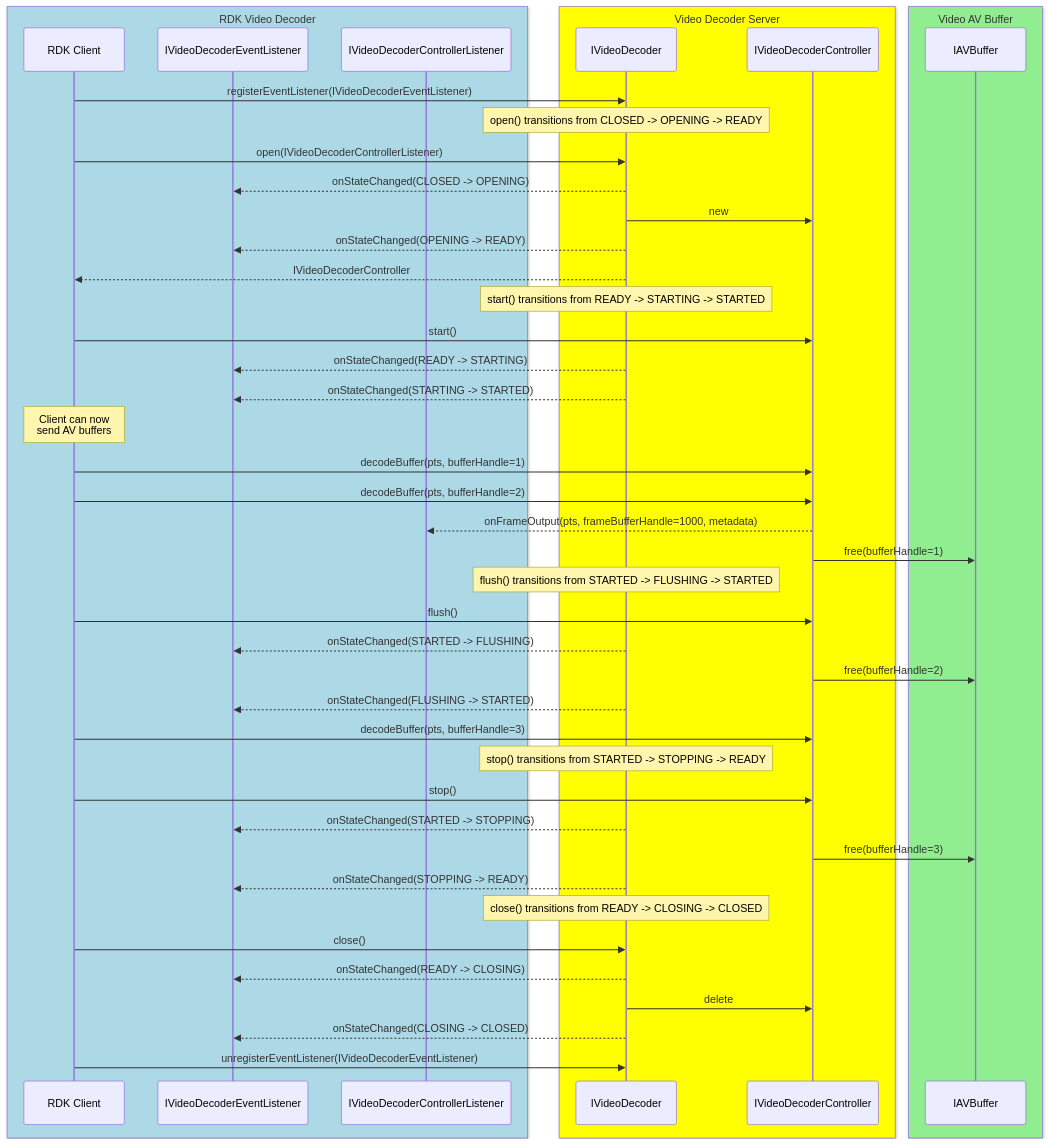
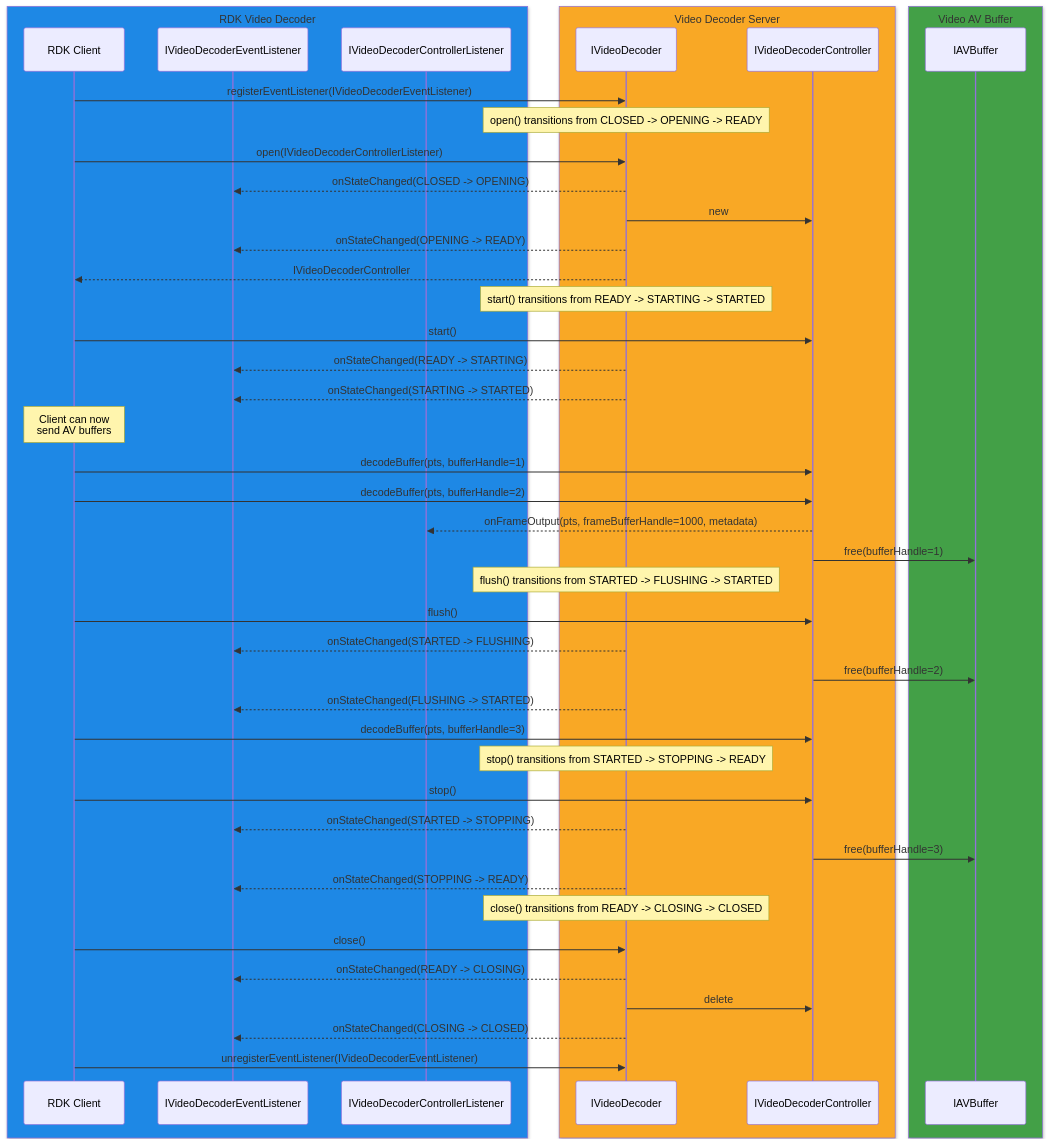
Before and after one commit to rdkcentral/rdk-halif-aidl: the third of 3 diagrams in docs/halif/video_decoder/current/video_decoder.md, drawn with Mermaid. The commit also changed other lines of this file and 27 other files, not shown here.

````diff
--- a/docs/halif/video_decoder/current/video_decoder.md
+++ b/docs/halif/video_decoder/current/video_decoder.md
@@ -218,63 +323,63 @@
 ```mermaid
 sequenceDiagram
-    box LightBlue RDK Video Decoder
+    box rgb(30,136,229) RDK Video Decoder
         participant Client as RDK Client
         participant IVideoDecoderEventListener
         participant IVideoDecoderControllerListener
     end
-    box Yellow Video Decoder Server
+    box rgb(249,168,37) Video Decoder Server
         participant ADC as IVideoDecoder
         participant Controller as IVideoDecoderController
     end
-    box LightGreen Video AV Buffer
+    box rgb(67,160,71) Video AV Buffer
         participant IAVBuffer as IAVBuffer
     end
 
     Client->>ADC: registerEventListener(IVideoDecoderEventListener)
 
     Note over ADC: open() transitions from CLOSED -> OPENING -> READY
 
     Client->>ADC: open(IVideoDecoderControllerListener)
     ADC-->>IVideoDecoderEventListener: onStateChanged(CLOSED -> OPENING)
     ADC->>Controller: new
     ADC-->>IVideoDecoderEventListener: onStateChanged(OPENING -> READY)
     ADC-->>Client: IVideoDecoderController
 
     Note over ADC: start() transitions from READY -> STARTING -> STARTED
 
     Client->>Controller: start()
     ADC-->>IVideoDecoderEventListener: onStateChanged(READY -> STARTING)
     ADC-->>IVideoDecoderEventListener: onStateChanged(STARTING -> STARTED)
 
     Note over Client: Client can now<br>send AV buffers
 
     Client->>Controller: decodeBuffer(pts, bufferHandle=1)
     Client->>Controller: decodeBuffer(pts, bufferHandle=2)
     Controller-->>IVideoDecoderControllerListener: onFrameOutput(pts, frameBufferHandle=1000, metadata)
     Controller->>IAVBuffer: free(bufferHandle=1)
 
     Note over ADC: flush() transitions from STARTED -> FLUSHING -> STARTED
 
     Client->>Controller: flush()
     ADC-->>IVideoDecoderEventListener: onStateChanged(STARTED -> FLUSHING)
     Controller->>IAVBuffer: free(bufferHandle=2)
     ADC-->>IVideoDecoderEventListener: onStateChanged(FLUSHING -> STARTED)
 
     Client->>Controller: decodeBuffer(pts, bufferHandle=3)
 
     Note over ADC: stop() transitions from STARTED -> STOPPING -> READY
 
     Client->>Controller: stop()
     ADC-->>IVideoDecoderEventListener: onStateChanged(STARTED -> STOPPING)
     Controller->>IAVBuffer: free(bufferHandle=3)
     ADC-->>IVideoDecoderEventListener: onStateChanged(STOPPING -> READY)
 
     Note over ADC: close() transitions from READY -> CLOSING -> CLOSED
 
     Client->>ADC: close()
     ADC-->>IVideoDecoderEventListener: onStateChanged(READY -> CLOSING)
     ADC->>Controller: delete
     ADC-->>IVideoDecoderEventListener: onStateChanged(CLOSING -> CLOSED)
 
     Client->>ADC: unregisterEventListener(IVideoDecoderEventListener)
 ```
````
